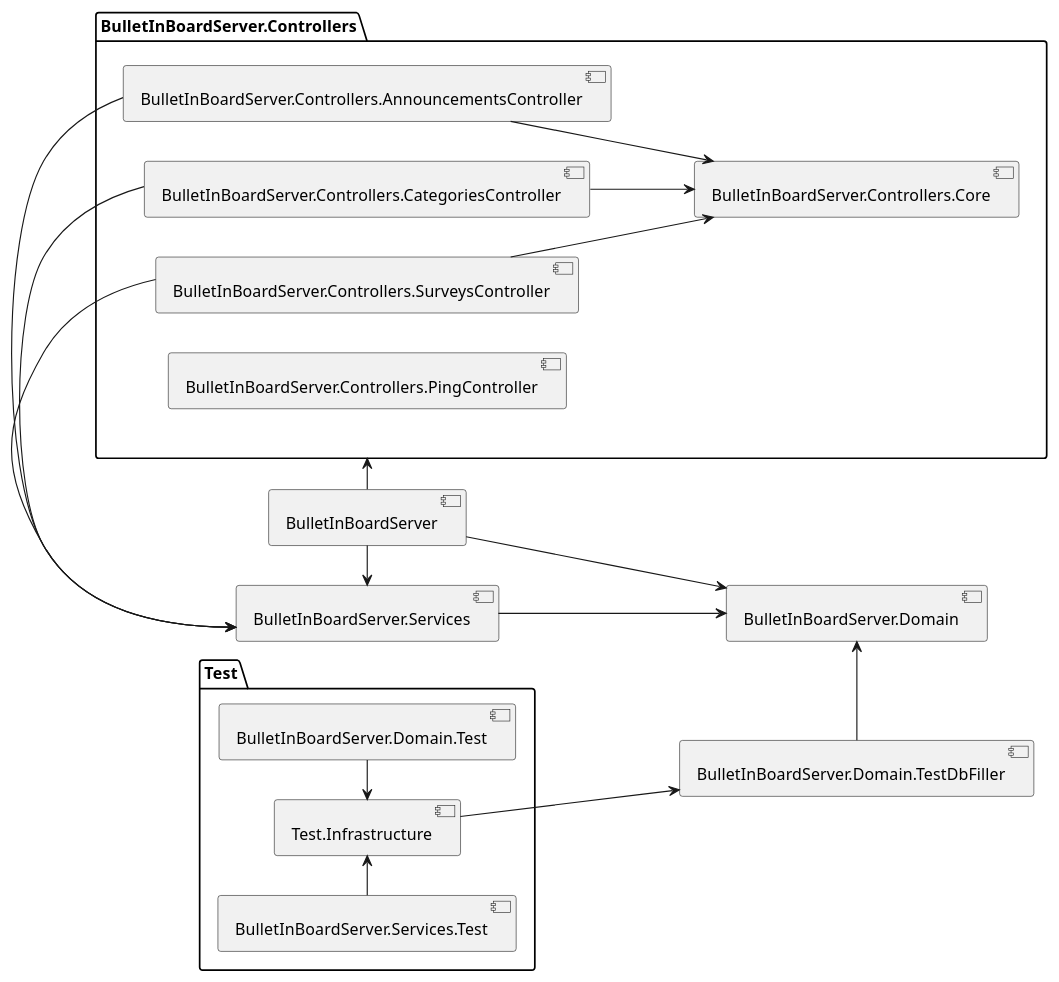
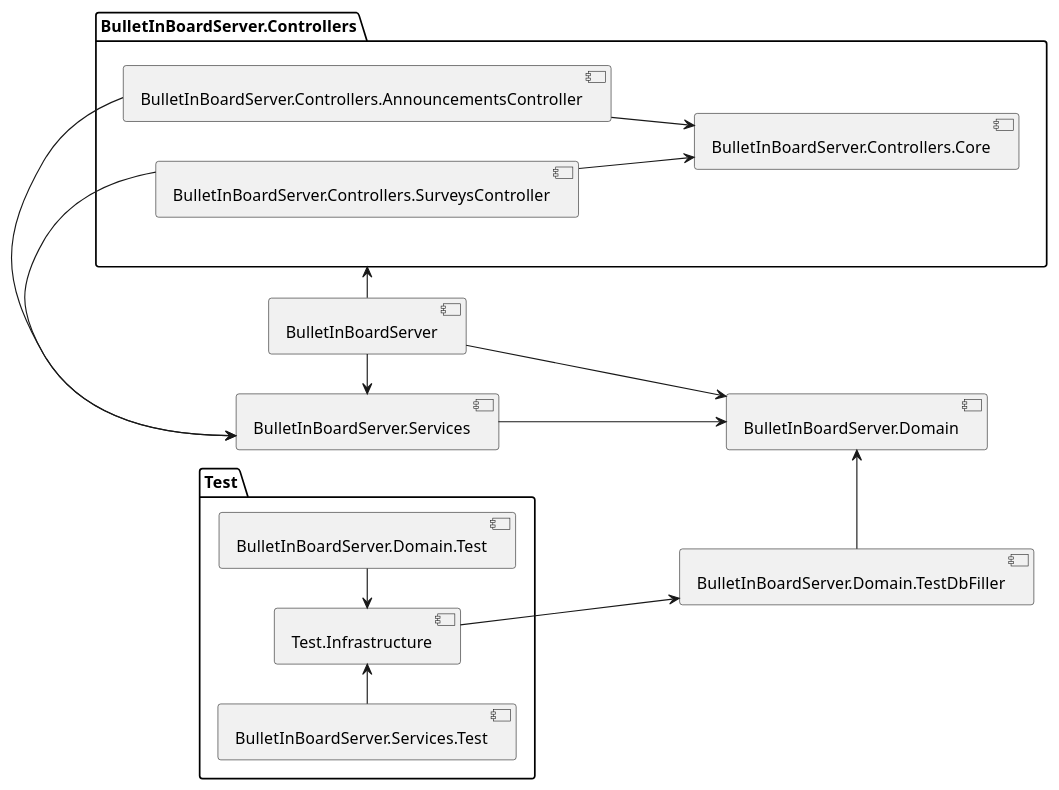
The diagram in src/BulletInBoardServer/BulletInBoardServer/project-structure.puml (astu-app/ASTU-Bulletin-Board-Server), drawn with PlantUML before and after one commit. The commit also changed 91 other files, not shown here.

Commit message:
Вырезал следующий контент: * Категории объявлений * Файлы * Архивная схема (бд) * Все таблицы из схемы логов, кроме логов объявлений (бд)

```diff
--- a/src/BulletInBoardServer/BulletInBoardServer/project-structure.puml
+++ b/src/BulletInBoardServer/BulletInBoardServer/project-structure.puml
@@ -1,43 +1,39 @@
 @startuml
 'https://plantuml.com/component-diagram
 
 left to right direction
 
 [BulletInBoardServer] as main
 [BulletInBoardServer.Services] as services
 [BulletInBoardServer.Domain] as domain
 [BulletInBoardServer.Domain.TestDbFiller] as testDbFiller
 
 package "BulletInBoardServer.Controllers" as controllers {
     [BulletInBoardServer.Controllers.Core] as controllerCore
     [BulletInBoardServer.Controllers.AnnouncementsController] as announcementsController
-    [BulletInBoardServer.Controllers.CategoriesController] as categoriesController
     [BulletInBoardServer.Controllers.SurveysController] as surveysController
-    [BulletInBoardServer.Controllers.PingController] as pingController
 }
 
 package "Test" as test {
     [Test.Infrastructure] as testInfrastructure
     [BulletInBoardServer.Domain.Test] as domainTest
     [BulletInBoardServer.Services.Test] as servicesTest
 } 
 
 main                    -> controllers
 main                    -> services
 main                    -> domain
 
 announcementsController -> services
-categoriesController    -> services
 surveysController       -> services
 announcementsController -down-> controllerCore
-categoriesController    -down-> controllerCore
 surveysController       -down-> controllerCore
 
 services                --> domain
 testDbFiller            -left-> domain
 
 testInfrastructure      --> testDbFiller
 domainTest              -left-> testInfrastructure
 servicesTest            -right-> testInfrastructure
 
 @enduml
```
